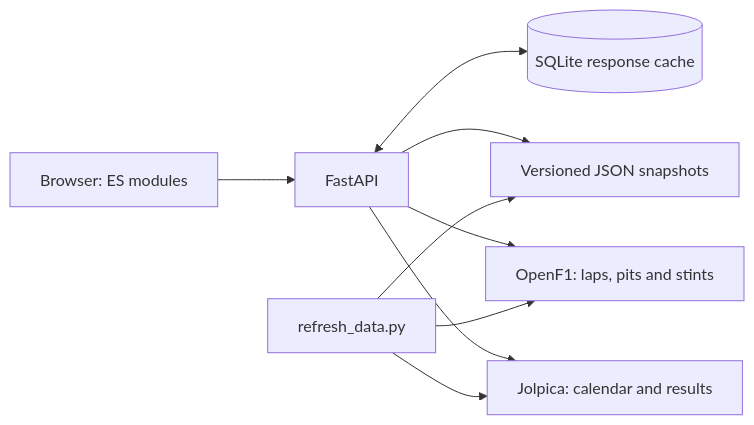
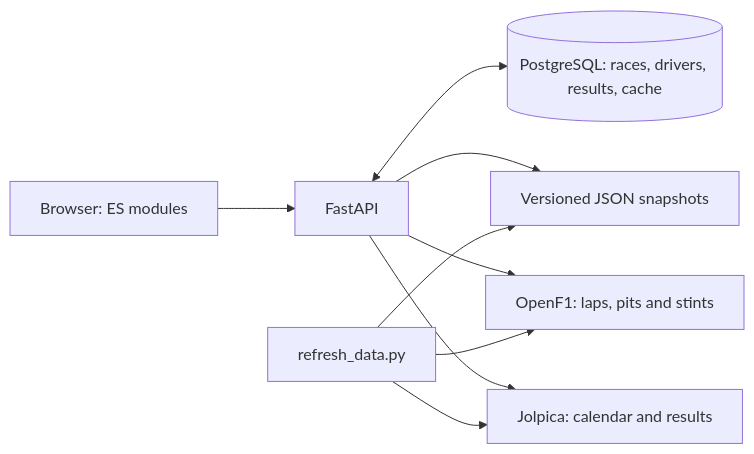
One commit to ashetbalay/pitwall changed the diagram in docs/architecture.md. Above: the diagram before and after it, drawn with Mermaid. The commit also changed other lines of this file and 23 other files, not shown here.

Commit message:
feat(storage): add PostgreSQL persistence and Alembic migrations

````diff
--- a/docs/architecture.md
+++ b/docs/architecture.md
@@ -3,11 +3,11 @@
 ```mermaid
 flowchart LR
     Browser[Browser: ES modules] --> API[FastAPI]
     API --> Jolpica[Jolpica: calendar and results]
     API --> OpenF1[OpenF1: laps, pits and stints]
-    API <--> Cache[(SQLite response cache)]
+    API <--> Cache[(PostgreSQL: races, drivers, results, cache)]
     API --> Snapshots[Versioned JSON snapshots]
     Import[refresh_data.py] --> Jolpica
     Import --> OpenF1
     Import --> Snapshots
 ```
````
